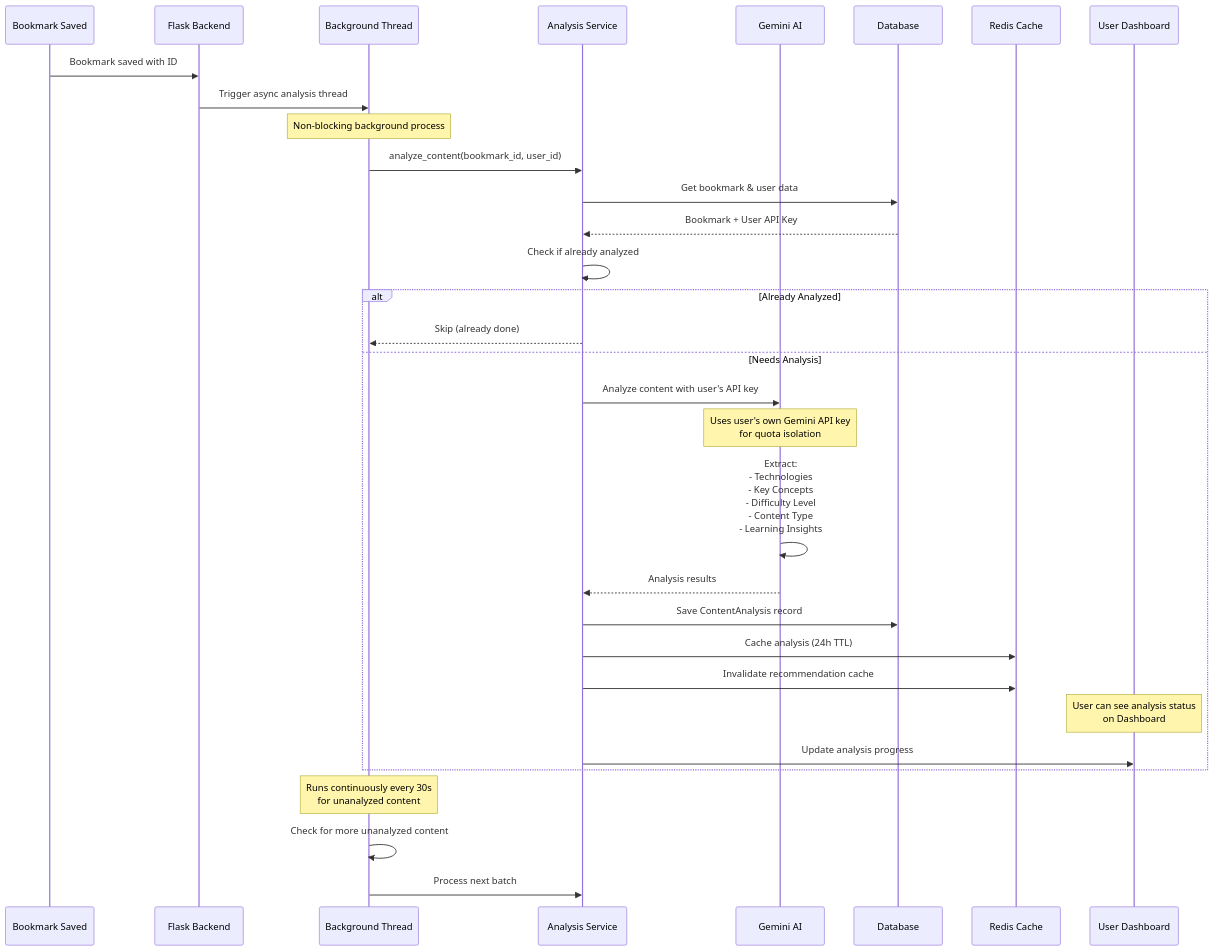
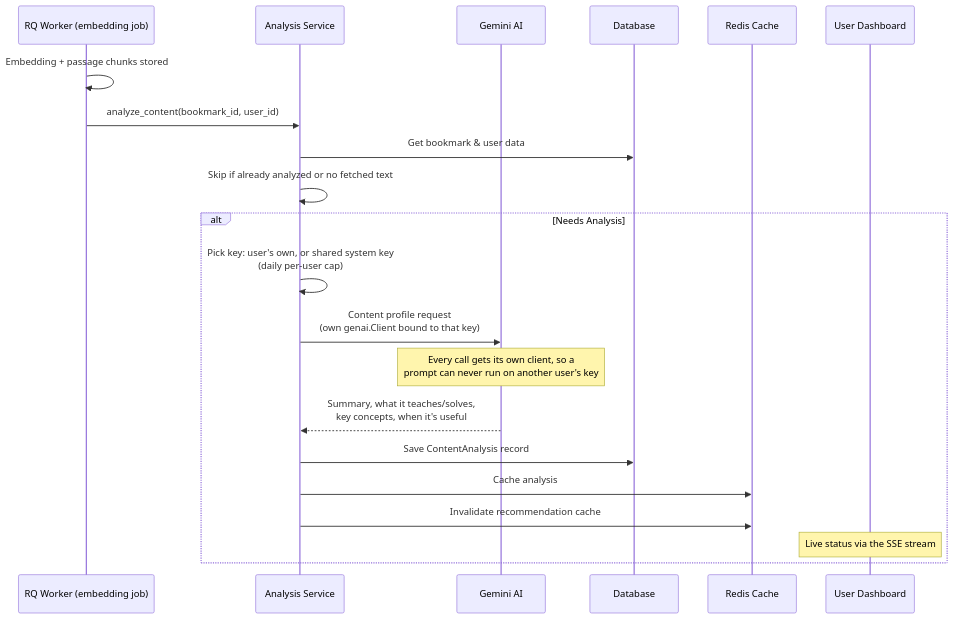
Before and after one commit to Ujjwaljain16/Fuze: the fifth of 12 diagrams in docs/USERFLOW.md, drawn with Mermaid. The commit also changed other lines of this file and 6 other files, not shown here.

First line of the commit message:
docs: architecture, API and security docs describe the code as it is

````diff
--- a/docs/USERFLOW.md
+++ b/docs/USERFLOW.md
@@ -260,41 +259,27 @@
 ```mermaid
 sequenceDiagram
-    participant Bookmark as Bookmark Saved
-    participant Backend as Flask Backend
-    participant Thread as Background Thread
+    participant Worker as RQ Worker (embedding job)
     participant AnalysisService as Analysis Service
     participant Gemini as Gemini AI
     participant DB as Database
     participant Redis as Redis Cache
     participant User as User Dashboard
-    
-    Bookmark->>Backend: Bookmark saved with ID
-    Backend->>Thread: Trigger async analysis thread
-    Note over Thread: Non-blocking background process
-    
-    Thread->>AnalysisService: analyze_content(bookmark_id, user_id)
+
+    Worker->>Worker: Embedding + passage chunks stored
+    Worker->>AnalysisService: analyze_content(bookmark_id, user_id)
     AnalysisService->>DB: Get bookmark & user data
-    DB-->>AnalysisService: Bookmark + User API Key
-    
-    AnalysisService->>AnalysisService: Check if already analyzed
-    alt Already Analyzed
-        AnalysisService-->>Thread: Skip (already done)
-    else Needs Analysis
-        AnalysisService->>Gemini: Analyze content with user's API key
-        Note over Gemini: Uses user's own Gemini API key<br/>for quota isolation
-        
-        Gemini->>Gemini: Extract:<br/>- Technologies<br/>- Key Concepts<br/>- Difficulty Level<br/>- Content Type<br/>- Learning Insights
-        Gemini-->>AnalysisService: Analysis results
-        
+
+    AnalysisService->>AnalysisService: Skip if already analyzed or no fetched text
+    alt Needs Analysis
+        AnalysisService->>AnalysisService: Pick key: user's own, or shared system key<br/>(daily per-user cap)
+        AnalysisService->>Gemini: Content profile request<br/>(own genai.Client bound to that key)
+        Note over Gemini: Every call gets its own client, so a<br/>prompt can never run on another user's key
+        Gemini-->>AnalysisService: Summary, what it teaches/solves,<br/>key concepts, when it's useful
+
         AnalysisService->>DB: Save ContentAnalysis record
-        AnalysisService->>Redis: Cache analysis (24h TTL)
+        AnalysisService->>Redis: Cache analysis
         AnalysisService->>Redis: Invalidate recommendation cache
-        
-        Note over User: User can see analysis status<br/>on Dashboard
-        AnalysisService->>User: Update analysis progress
+
+        Note over User: Live status via the SSE stream
     end
-    
-    Note over Thread: Runs continuously every 30s<br/>for unanalyzed content
-    Thread->>Thread: Check for more unanalyzed content
-    Thread->>AnalysisService: Process next batch
 ```
````
